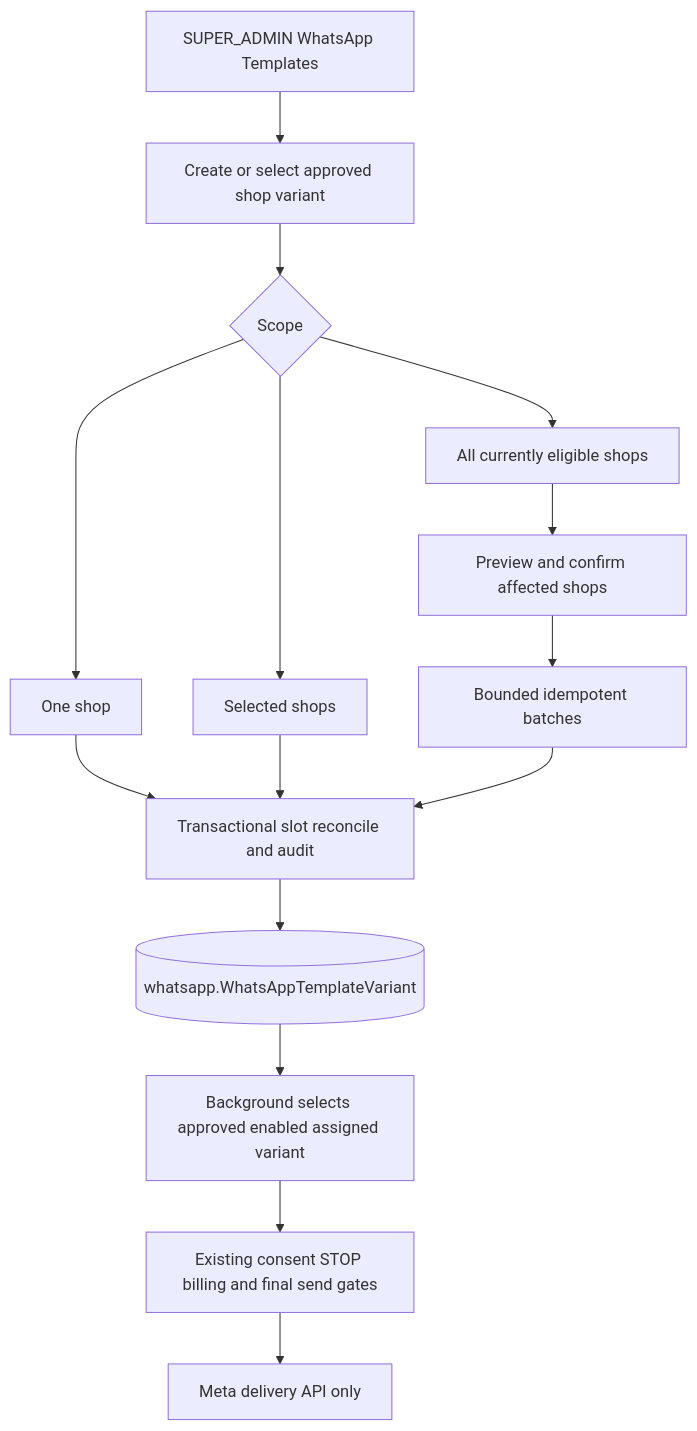
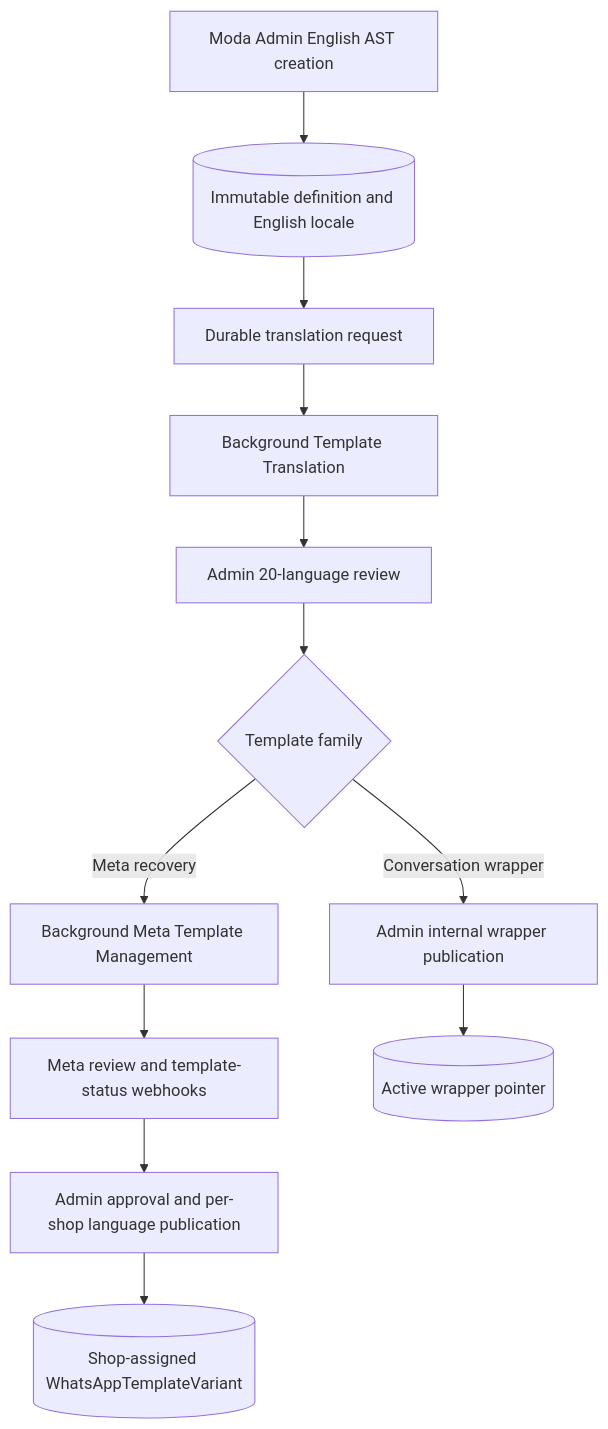
One commit to kodjobaah/moda-interact-workspace changed the first of 2 diagrams in docs/architecture/ARCH-047-admin-managed-whatsapp-template-catalogue.md. Above: the diagram before and after it, drawn with Mermaid. The commit also changed other lines of this file and 1 other file, not shown here.

Commit message:
docs(ARCH-047): adopt module-first Background task plan

````diff
--- a/docs/architecture/ARCH-047-admin-managed-whatsapp-template-catalogue.md
+++ b/docs/architecture/ARCH-047-admin-managed-whatsapp-template-catalogue.md
@@ -81,17 +59,14 @@
 ```mermaid
 flowchart TD
- A[SUPER_ADMIN WhatsApp Templates] --> B[Create or select approved shop variant]
- B --> C{Scope}
- C --> D[One shop]
- C --> E[Selected shops]
- C --> F[All currently eligible shops]
- D --> G[Transactional slot reconcile and audit]
- E --> G
- F --> H[Preview and confirm affected shops]
- H --> I[Bounded idempotent batches]
- I --> G
- G --> J[(whatsapp.WhatsAppTemplateVariant)]
- J --> K[Background selects approved enabled assigned variant]
- K --> L[Existing consent STOP billing and final send gates]
- L --> M[Meta delivery API only]
+  A[Moda Admin English AST creation] --> B[(Immutable definition and English locale)]
+  B --> C[Durable translation request]
+  C --> D[Background Template Translation]
+  D --> E[Admin 20-language review]
+  E --> F{Template family}
+  F -->|Meta recovery| G[Background Meta Template Management]
+  G --> H[Meta review and template-status webhooks]
+  H --> I[Admin approval and per-shop language publication]
+  F -->|Conversation wrapper| J[Admin internal wrapper publication]
+  I --> K[(Shop-assigned WhatsAppTemplateVariant)]
+  J --> L[(Active wrapper pointer)]
 ```
````
